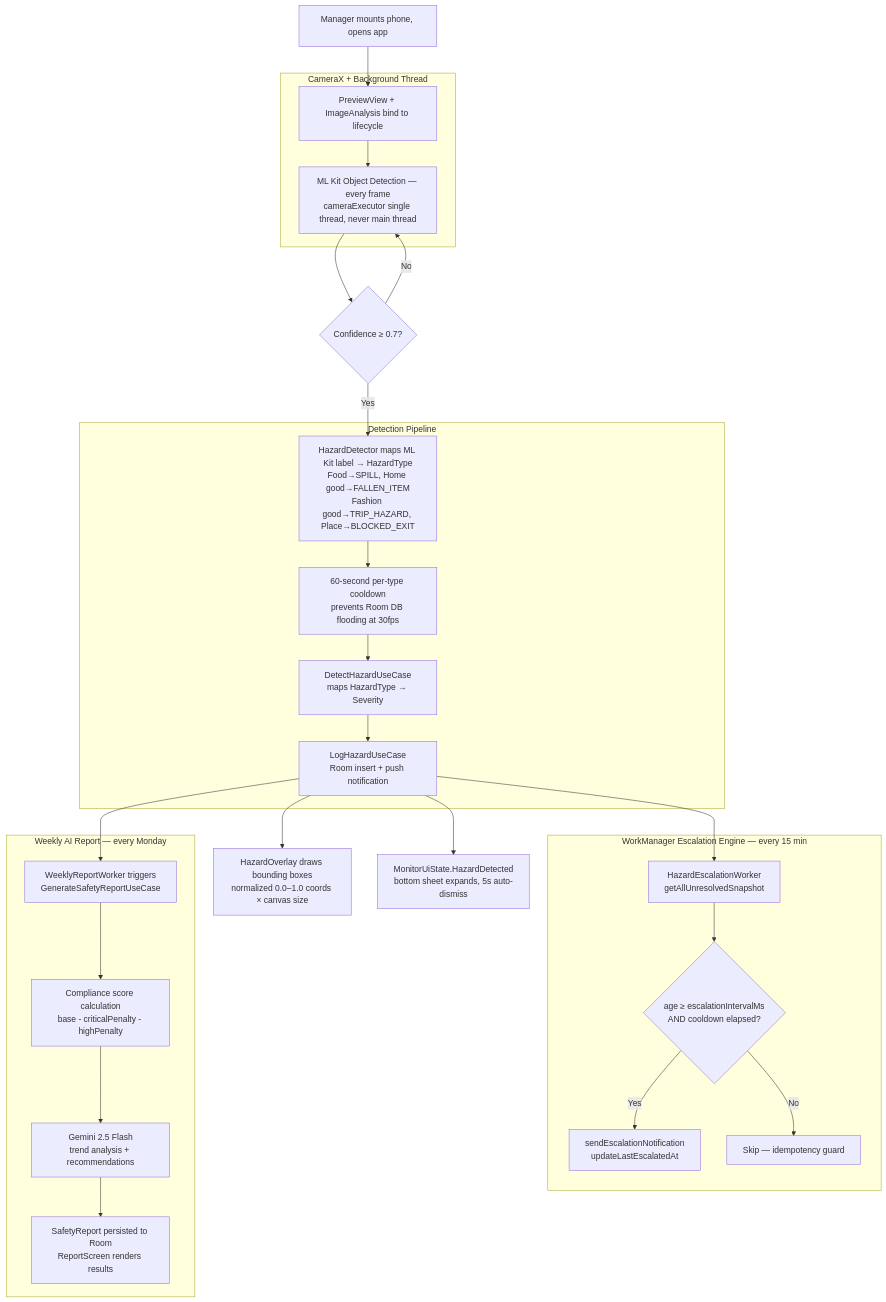
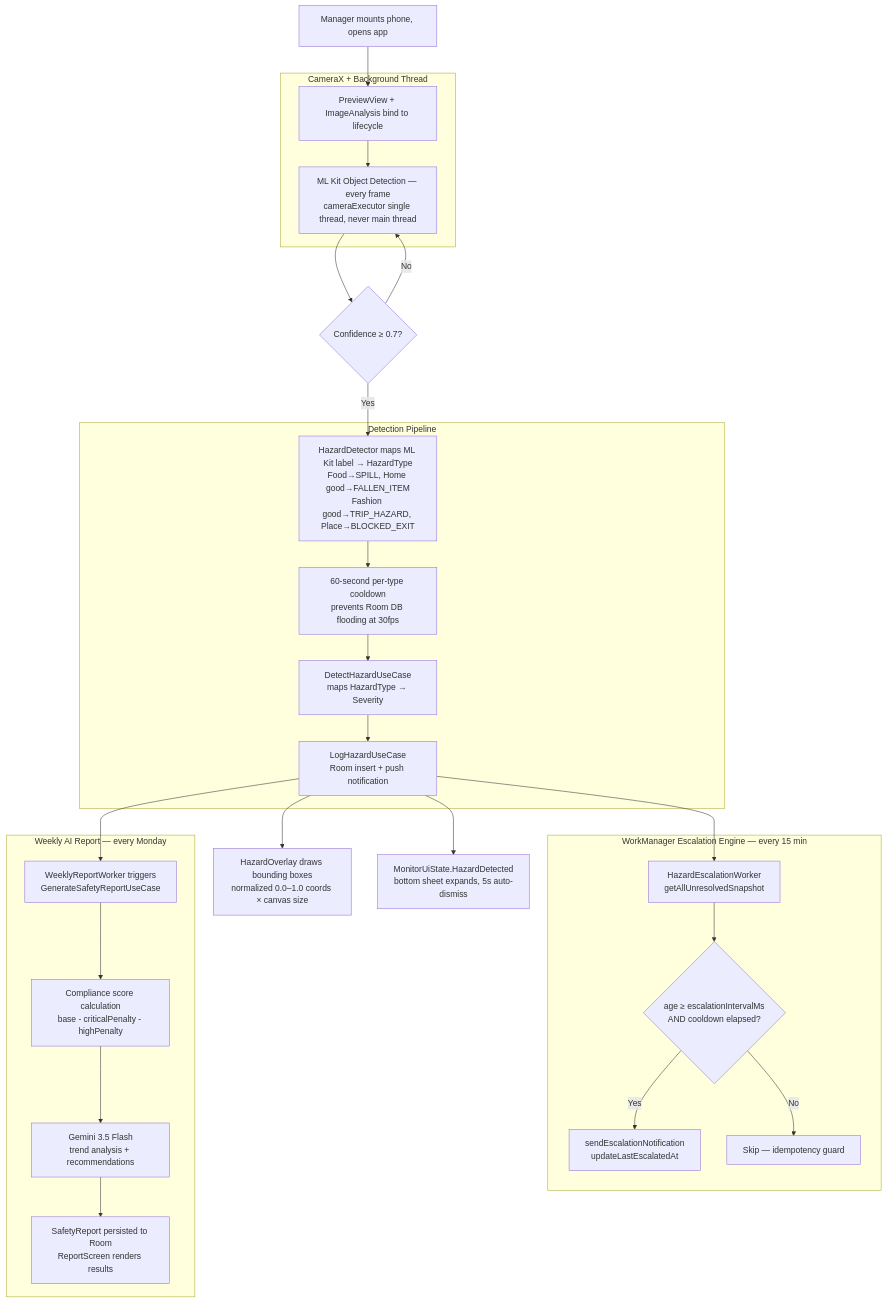
The first of 4 diagrams in README.md (lakshmanreddymv/RetailSafetyMonitor), drawn with Mermaid before and after one commit. The commit also changed other lines of this file, not shown here.

Commit message:
docs: gemini-3.5-flash + accurate test counts

````diff
--- a/README.md
+++ b/README.md
@@ -74,40 +74,40 @@
 ```mermaid
 flowchart TD
     A[Manager mounts phone, opens app] --> B
 
     subgraph Camera ["CameraX + Background Thread"]
         B[PreviewView + ImageAnalysis bind to lifecycle]
         B --> C[ML Kit Object Detection — every frame\ncameraExecutor single thread, never main thread]
     end
 
     C --> D{Confidence ≥ 0.7?}
     D -->|No| C
     D -->|Yes| E
 
     subgraph Detection ["Detection Pipeline"]
         E[HazardDetector maps ML Kit label → HazardType\nFood→SPILL, Home good→FALLEN_ITEM\nFashion good→TRIP_HAZARD, Place→BLOCKED_EXIT]
         E --> F[60-second per-type cooldown\nprevents Room DB flooding at 30fps]
         F --> G[DetectHazardUseCase\nmaps HazardType → Severity]
         G --> H[LogHazardUseCase\nRoom insert + push notification]
     end
 
     H --> I[HazardOverlay draws bounding boxes\nnormalized 0.0–1.0 coords × canvas size]
     H --> J[MonitorUiState.HazardDetected\nbottom sheet expands, 5s auto-dismiss]
 
     subgraph WorkManager ["WorkManager Escalation Engine — every 15 min"]
         K[HazardEscalationWorker\ngetAllUnresolvedSnapshot]
         K --> L{age ≥ escalationIntervalMs\nAND cooldown elapsed?}
         L -->|Yes| M[sendEscalationNotification\nupdateLastEscalatedAt]
         L -->|No| N[Skip — idempotency guard]
     end
 
     subgraph Report ["Weekly AI Report — every Monday"]
         O[WeeklyReportWorker triggers\nGenerateSafetyReportUseCase]
         O --> P[Compliance score calculation\nbase - criticalPenalty - highPenalty]
-        P --> Q[Gemini 2.5 Flash\ntrend analysis + recommendations]
+        P --> Q[Gemini 3.5 Flash\ntrend analysis + recommendations]
         Q --> R[SafetyReport persisted to Room\nReportScreen renders results]
     end
 
     H --> K
     H --> O
 ```
````
